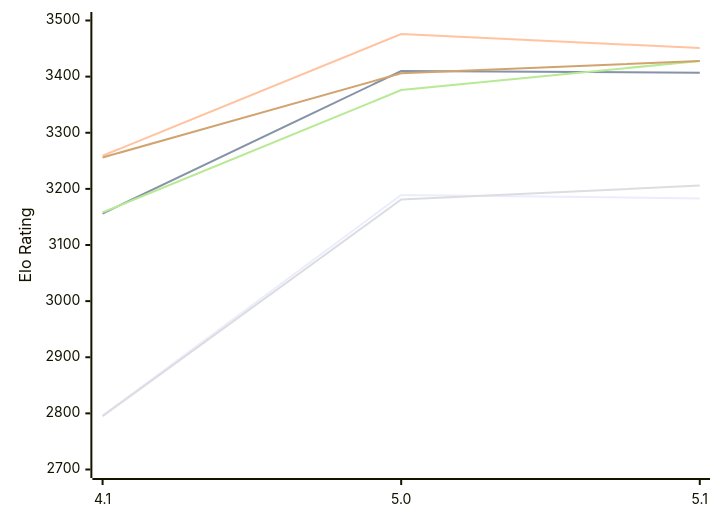
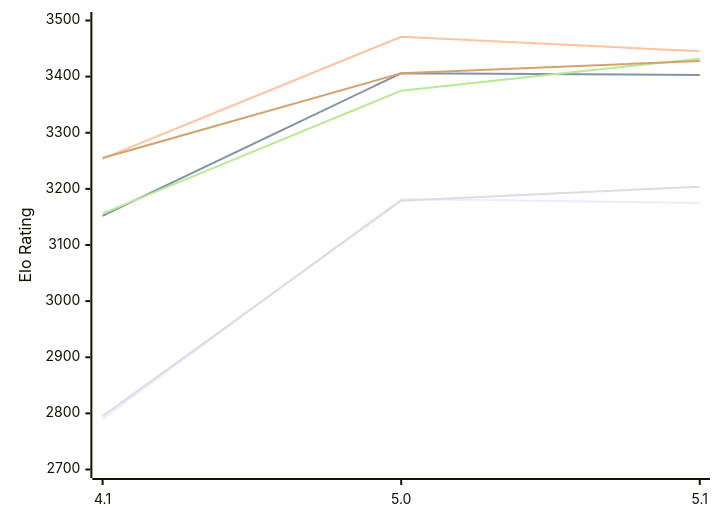
One commit to computer-chess-index/cci changed the diagram in engines/NarcNext.md. Above: the diagram before and after it, drawn with Mermaid. The commit also changed other lines of this file, not shown here.

Commit message:
Update CCI Ratings (ELO VLTC) - 2026-11-26

````diff
--- a/engines/NarcNext.md
+++ b/engines/NarcNext.md
@@ -51,12 +51,12 @@
 ```mermaid
 %%{init: {"theme":"base","themeVariables":{"seriesColors:['#a3a3a3','#222221','#faa371']}}}%%
 xychart-beta
   x-axis ["4.1", "5.0", "5.1"]
   y-axis "Elo Rating" 2700 --> 3500
-  line "E1: STC (8.0+0.08s)" [2796, 3189, 3183]
-  line "E1: LTC (60.0+0.60s)" [3156, 3410, 3407]
-  line "E1: VLTC (2m24s+1.12s)" [3259, 3476, 3451]
-  line "P1: STC (8.0+0.08s)" [2795, 3181, 3206]
-  line "P1: LTC (60.0+0.60s)" [3158, 3376, 3428]
-  line "P1: VLTC (2m24s+1.12s)" [3256, 3406, 3428]
+  line "E1: STC (8.0+0.08s)" [2790, 3182, 3175]
+  line "E1: LTC (60.0+0.60s)" [3152, 3406, 3403]
+  line "E1: VLTC (2m24s+1.12s)" [3254, 3471, 3445]
+  line "P1: STC (8.0+0.08s)" [2795, 3179, 3204]
+  line "P1: LTC (60.0+0.60s)" [3156, 3375, 3432]
+  line "P1: VLTC (2m24s+1.12s)" [3255, 3406, 3428]
 ```
````
